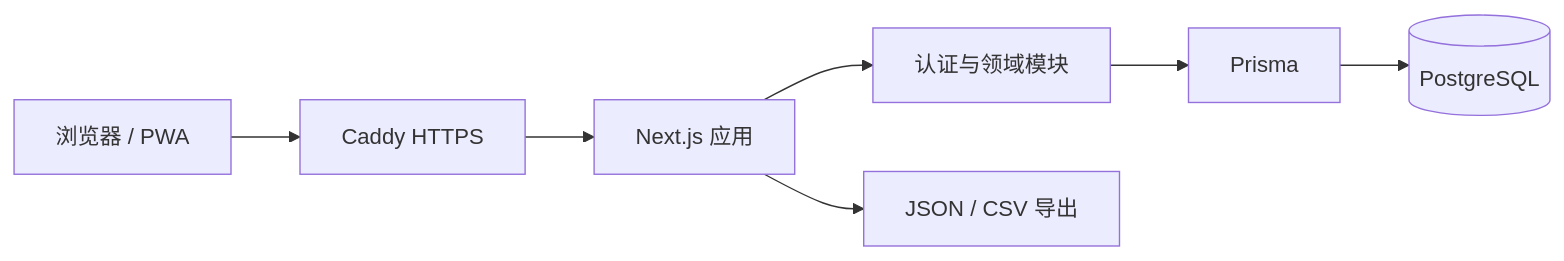
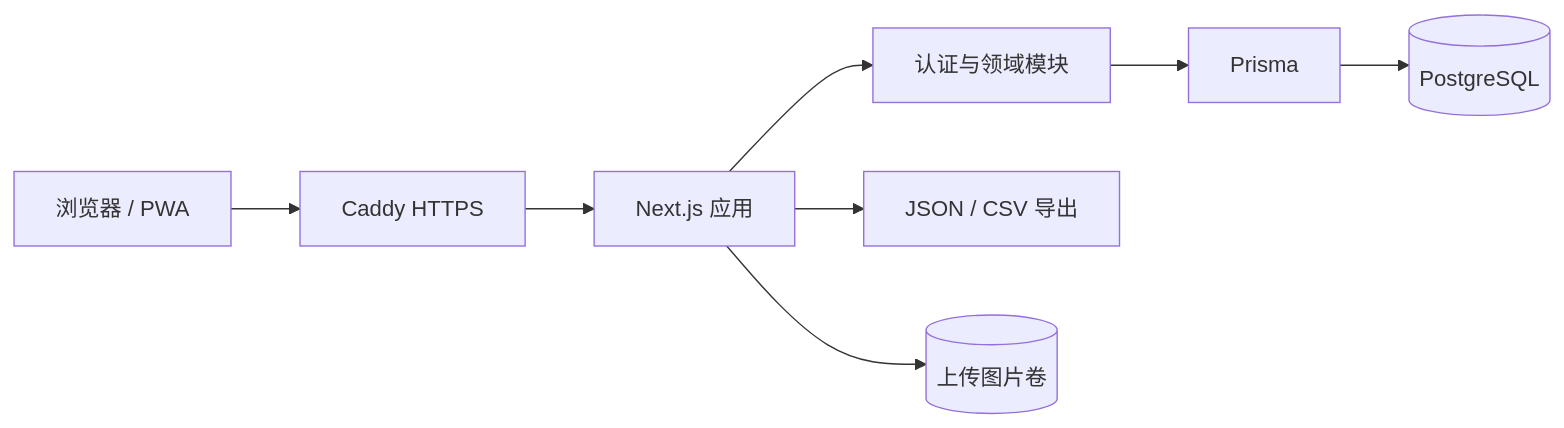
Before and after one commit to jianminbai/GrowLog: the diagram in README.md, drawn with Mermaid. The commit also changed other lines of this file and 7 other files, not shown here.

````diff
--- a/README.md
+++ b/README.md
@@ -35,9 +36,10 @@
 ```mermaid
 flowchart LR
     B[浏览器 / PWA] --> C[Caddy HTTPS]
     C --> N[Next.js 应用]
     N --> A[认证与领域模块]
     A --> P[Prisma]
     P --> D[(PostgreSQL)]
     N --> E[JSON / CSV 导出]
+    N --> U[(上传图片卷)]
 ```
````
